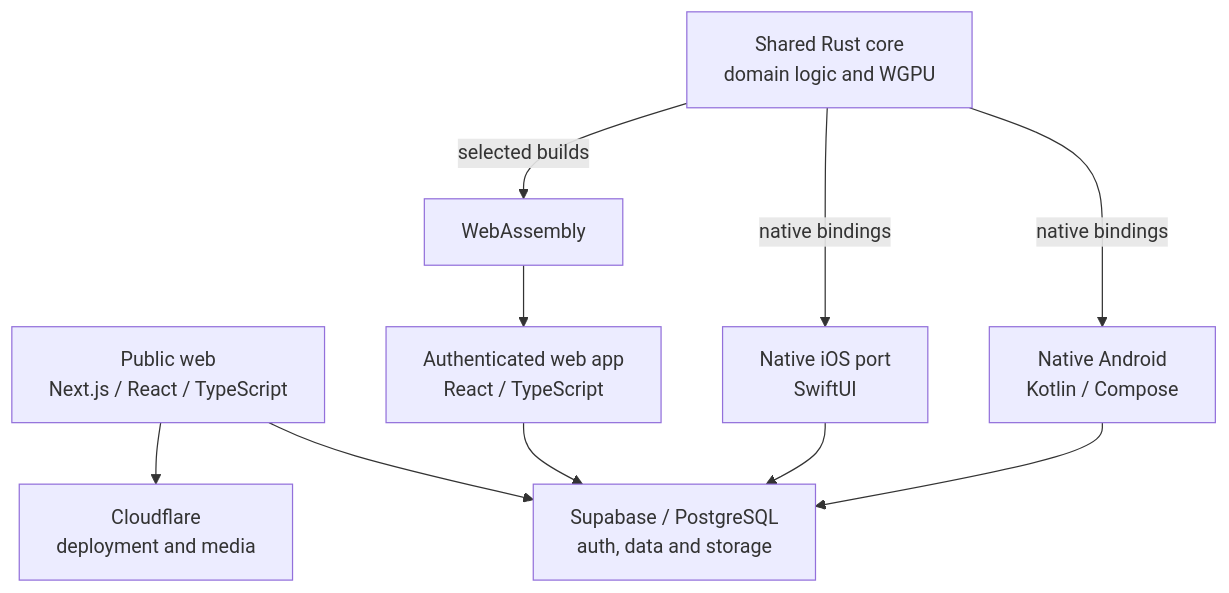
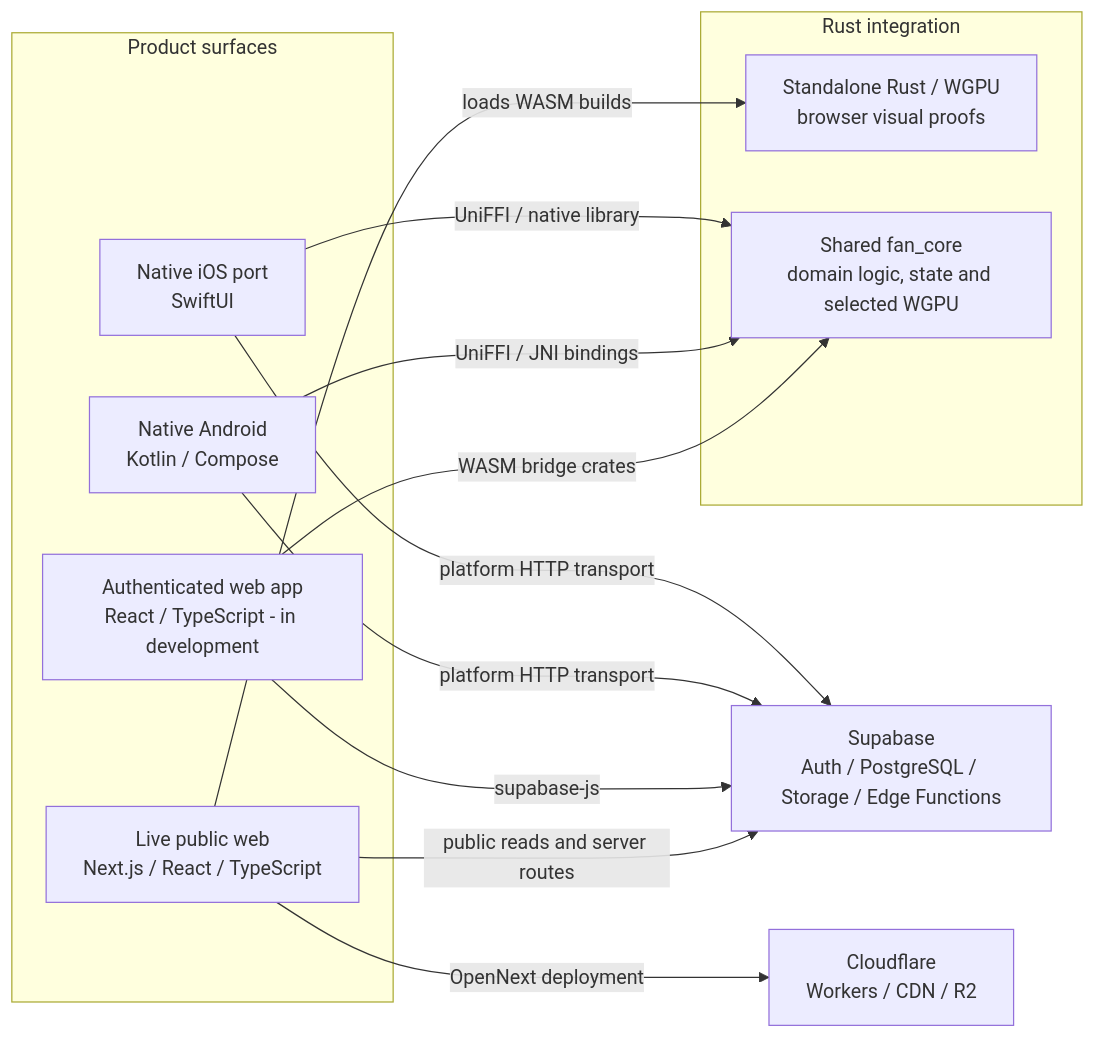
One commit to alecrees/metopus-product-case-study changed the diagram in README.md. Above: the diagram before and after it, drawn with Mermaid. The commit also changed other lines of this file and 1 other file, not shown here.

Commit message:
Correct public architecture diagrams

````diff
--- a/README.md
+++ b/README.md
@@ -61,12 +61,27 @@
 ```mermaid
-flowchart TD
-    Public["Public web<br/>Next.js / React / TypeScript"] --> Backend["Supabase / PostgreSQL<br/>auth, data and storage"]
-    Rust["Shared Rust core<br/>domain logic and WGPU"] -->|native bindings| Android["Native Android<br/>Kotlin / Compose"]
-    Rust -->|native bindings| IOS["Native iOS port<br/>SwiftUI"]
-    Rust -->|selected builds| Wasm["WebAssembly"]
-    Wasm --> WebApp["Authenticated web app<br/>React / TypeScript"]
-    Android --> Backend
-    IOS --> Backend
-    WebApp --> Backend
-    Public --> Edge["Cloudflare<br/>deployment and media"]
+flowchart LR
+    subgraph Surfaces["Product surfaces"]
+        Public["Live public web<br/>Next.js / React / TypeScript"]
+        WebApp["Authenticated web app<br/>React / TypeScript - in development"]
+        Android["Native Android<br/>Kotlin / Compose"]
+        IOS["Native iOS port<br/>SwiftUI"]
+    end
+
+    subgraph Shared["Rust integration"]
+        PublicWasm["Standalone Rust / WGPU<br/>browser visual proofs"]
+        Core["Shared fan_core<br/>domain logic, state and selected WGPU"]
+    end
+
+    Backend["Supabase<br/>Auth / PostgreSQL / Storage / Edge Functions"]
+    Edge["Cloudflare<br/>Workers / CDN / R2"]
+
+    Public -->|loads WASM builds| PublicWasm
+    Public -->|public reads and server routes| Backend
+    Public -->|OpenNext deployment| Edge
+    WebApp -->|WASM bridge crates| Core
+    WebApp -->|supabase-js| Backend
+    Android -->|UniFFI / JNI bindings| Core
+    Android -->|platform HTTP transport| Backend
+    IOS -->|UniFFI / native library| Core
+    IOS -->|platform HTTP transport| Backend
 ```
````
